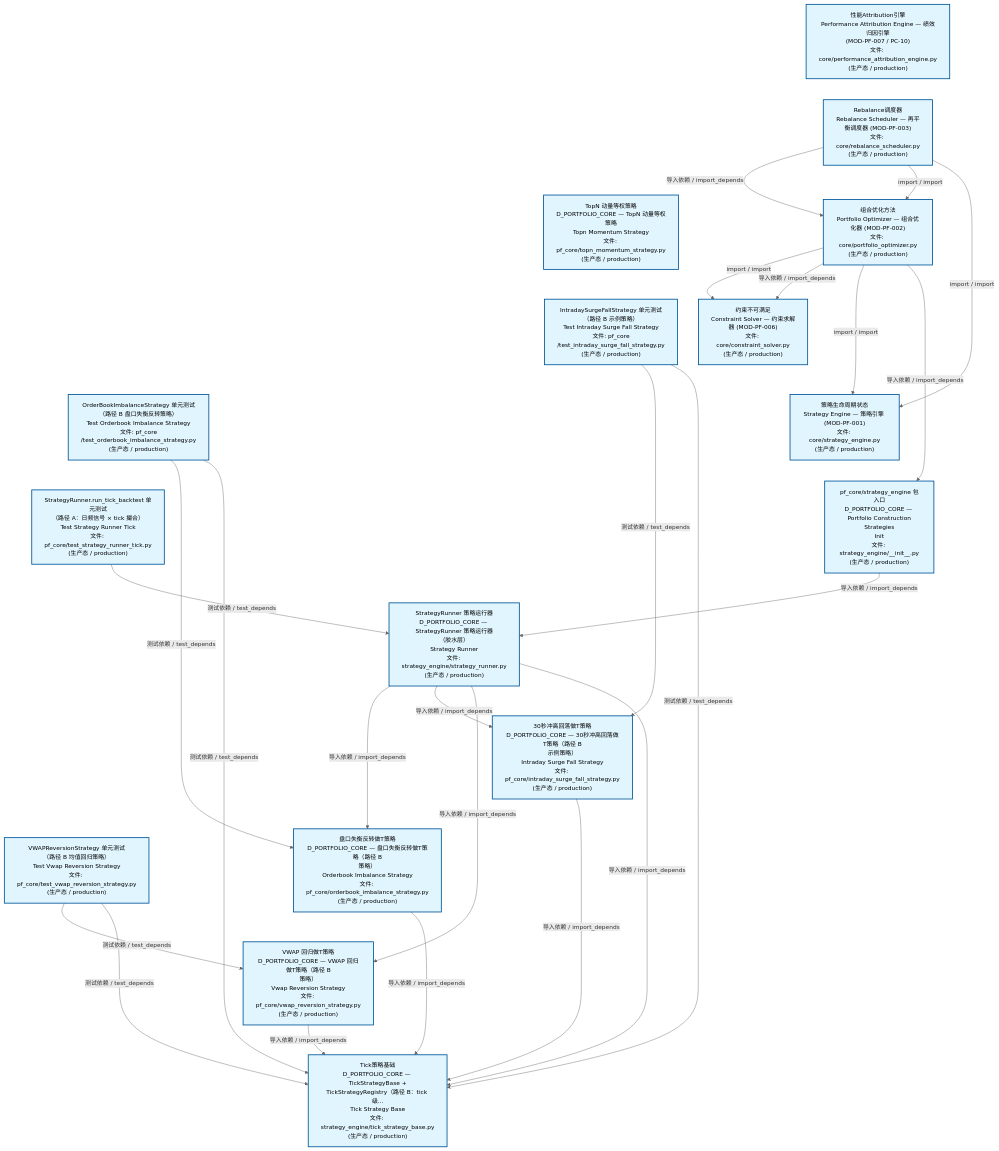
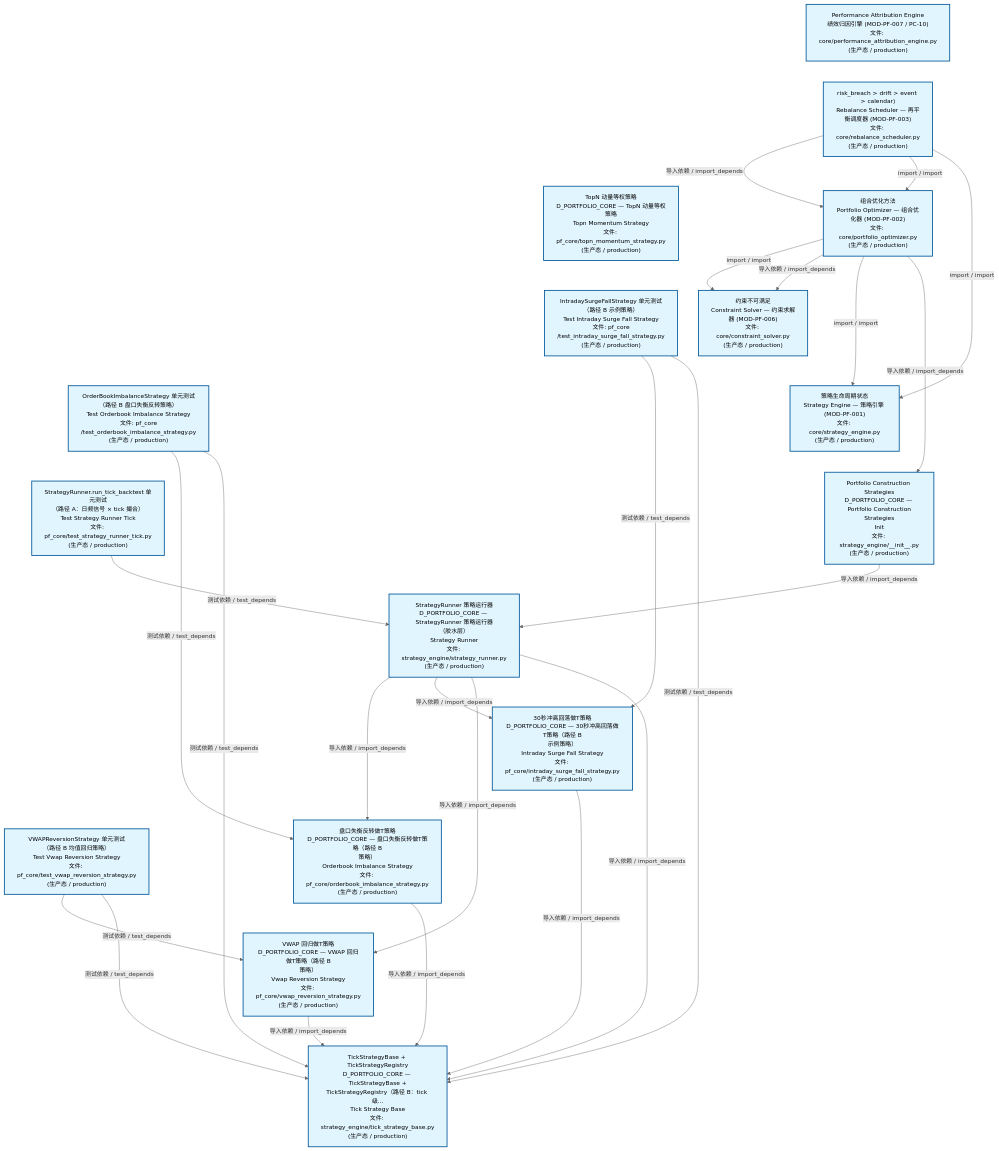
Before and after one commit to xuanFelixVan/ZephyrAlpha: the second of 3 diagrams in docs/02_enterprise_architecture/02_domain_architecture_docs/63_d_pf_core.md, drawn with Mermaid. The commit also changed other lines of this file and 51 other files, not shown here.

````diff
--- a/docs/02_enterprise_architecture/02_domain_architecture_docs/63_d_pf_core.md
+++ b/docs/02_enterprise_architecture/02_domain_architecture_docs/63_d_pf_core.md
@@ -140,57 +140,57 @@
 ```mermaid
 %%{init: {'theme': 'base', 'themeVariables': {'primaryColor': '#eaeaea', 'primaryTextColor': '#333333', 'primaryBorderColor': '#666666', 'lineColor': '#666666', 'secondaryColor': '#eaeaea', 'tertiaryColor': '#eaeaea', 'fontSize': '14px'}}}%%
 flowchart TD
-    src_zephyr_pf_core_core_performance_attribution_engine_py["性能Attribution引擎<br/>Performance Attribution Engine — 绩效归因引擎<br/>(MOD-PF-007 / PC-10)<br/>文件: core/performance_attribution_engine.py<br/>(生产态 / production)"]
-    src_zephyr_pf_core_core_rebalance_scheduler_py["Rebalance调度器<br/>Rebalance Scheduler — 再平衡调度器 (MOD-PF-003)<br/>文件: core/rebalance_scheduler.py<br/>(生产态 / production)"]
+    src_zephyr_pf_core_core_performance_attribution_engine_py["Performance Attribution Engine<br/>绩效归因引擎 (MOD-PF-007 / PC-10)<br/>文件: core/performance_attribution_engine.py<br/>(生产态 / production)"]
+    src_zephyr_pf_core_core_rebalance_scheduler_py["risk_breach > drift > event > calendar)<br/>Rebalance Scheduler — 再平衡调度器 (MOD-PF-003)<br/>文件: core/rebalance_scheduler.py<br/>(生产态 / production)"]
     src_zephyr_pf_core_topn_momentum_strategy_py["TopN 动量等权策略<br/>D_PORTFOLIO_CORE — TopN 动量等权策略<br/>Topn Momentum Strategy<br/>文件: pf_core/topn_momentum_strategy.py<br/>(生产态 / production)"]
     tests_pf_core_test_intraday_surge_fall_strategy_py["IntradaySurgeFallStrategy 单元测试<br/>（路径 B 示例策略）<br/>Test Intraday Surge Fall Strategy<br/>文件: pf_core<br/>/test_intraday_surge_fall_strategy.py<br/>(生产态 / production)"]
     tests_pf_core_test_orderbook_imbalance_strategy_py["OrderBookImbalanceStrategy 单元测试<br/>（路径 B 盘口失衡反转策略）<br/>Test Orderbook Imbalance Strategy<br/>文件: pf_core<br/>/test_orderbook_imbalance_strategy.py<br/>(生产态 / production)"]
     tests_pf_core_test_strategy_runner_tick_py["StrategyRunner.run_tick_backtest 单元测试<br/>（路径 A：日频信号 × tick 撮合）<br/>Test Strategy Runner Tick<br/>文件: pf_core/test_strategy_runner_tick.py<br/>(生产态 / production)"]
     tests_pf_core_test_vwap_reversion_strategy_py["VWAPReversionStrategy 单元测试<br/>（路径 B 均值回归策略）<br/>Test Vwap Reversion Strategy<br/>文件: pf_core/test_vwap_reversion_strategy.py<br/>(生产态 / production)"]
     src_zephyr_pf_core_core_performance_attribution_engine_py ~~~ src_zephyr_pf_core_core_rebalance_scheduler_py
     src_zephyr_pf_core_core_rebalance_scheduler_py ~~~ src_zephyr_pf_core_topn_momentum_strategy_py
     src_zephyr_pf_core_topn_momentum_strategy_py ~~~ tests_pf_core_test_intraday_surge_fall_strategy_py
     tests_pf_core_test_intraday_surge_fall_strategy_py ~~~ tests_pf_core_test_orderbook_imbalance_strategy_py
     tests_pf_core_test_orderbook_imbalance_strategy_py ~~~ tests_pf_core_test_strategy_runner_tick_py
     tests_pf_core_test_strategy_runner_tick_py ~~~ tests_pf_core_test_vwap_reversion_strategy_py
     src_zephyr_pf_core_core_portfolio_optimizer_py["组合优化方法<br/>Portfolio Optimizer — 组合优化器 (MOD-PF-002)<br/>文件: core/portfolio_optimizer.py<br/>(生产态 / production)"]
     src_zephyr_pf_core_core_constraint_solver_py["约束不可满足<br/>Constraint Solver — 约束求解器 (MOD-PF-006)<br/>文件: core/constraint_solver.py<br/>(生产态 / production)"]
     src_zephyr_pf_core_core_strategy_engine_py["策略生命周期状态<br/>Strategy Engine — 策略引擎 (MOD-PF-001)<br/>文件: core/strategy_engine.py<br/>(生产态 / production)"]
-    src_zephyr_pf_core_strategy_engine_init_py["pf_core/strategy_engine 包入口<br/>D_PORTFOLIO_CORE — Portfolio Construction<br/>Strategies<br/>Init<br/>文件: strategy_engine/__init__.py<br/>(生产态 / production)"]
+    src_zephyr_pf_core_strategy_engine_init_py["Portfolio Construction Strategies<br/>D_PORTFOLIO_CORE — Portfolio Construction<br/>Strategies<br/>Init<br/>文件: strategy_engine/__init__.py<br/>(生产态 / production)"]
     src_zephyr_pf_core_core_constraint_solver_py ~~~ src_zephyr_pf_core_core_strategy_engine_py
     src_zephyr_pf_core_core_strategy_engine_py ~~~ src_zephyr_pf_core_strategy_engine_init_py
     src_zephyr_pf_core_strategy_engine_strategy_runner_py["StrategyRunner 策略运行器<br/>D_PORTFOLIO_CORE — StrategyRunner 策略运行器<br/>（胶水层）<br/>Strategy Runner<br/>文件: strategy_engine/strategy_runner.py<br/>(生产态 / production)"]
     src_zephyr_pf_core_intraday_surge_fall_strategy_py["30秒冲高回落做T策略<br/>D_PORTFOLIO_CORE — 30秒冲高回落做T策略（路径 B<br/>示例策略）<br/>Intraday Surge Fall Strategy<br/>文件: pf_core/intraday_surge_fall_strategy.py<br/>(生产态 / production)"]
     src_zephyr_pf_core_orderbook_imbalance_strategy_py["盘口失衡反转做T策略<br/>D_PORTFOLIO_CORE — 盘口失衡反转做T策略（路径 B<br/>策略）<br/>Orderbook Imbalance Strategy<br/>文件: pf_core/orderbook_imbalance_strategy.py<br/>(生产态 / production)"]
     src_zephyr_pf_core_vwap_reversion_strategy_py["VWAP 回归做T策略<br/>D_PORTFOLIO_CORE — VWAP 回归做T策略（路径 B<br/>策略）<br/>Vwap Reversion Strategy<br/>文件: pf_core/vwap_reversion_strategy.py<br/>(生产态 / production)"]
     src_zephyr_pf_core_intraday_surge_fall_strategy_py ~~~ src_zephyr_pf_core_orderbook_imbalance_strategy_py
     src_zephyr_pf_core_orderbook_imbalance_strategy_py ~~~ src_zephyr_pf_core_vwap_reversion_strategy_py
-    src_zephyr_pf_core_strategy_engine_tick_strategy_base_py["Tick策略基础<br/>D_PORTFOLIO_CORE — TickStrategyBase +<br/>TickStrategyRegistry（路径 B：tick 级...<br/>Tick Strategy Base<br/>文件: strategy_engine/tick_strategy_base.py<br/>(生产态 / production)"]
+    src_zephyr_pf_core_strategy_engine_tick_strategy_base_py["TickStrategyBase + TickStrategyRegistry<br/>D_PORTFOLIO_CORE — TickStrategyBase +<br/>TickStrategyRegistry（路径 B：tick 级...<br/>Tick Strategy Base<br/>文件: strategy_engine/tick_strategy_base.py<br/>(生产态 / production)"]
     src_zephyr_pf_core_orderbook_imbalance_strategy_py -->|导入依赖 / import_depends| src_zephyr_pf_core_strategy_engine_tick_strategy_base_py
     src_zephyr_pf_core_intraday_surge_fall_strategy_py -->|导入依赖 / import_depends| src_zephyr_pf_core_strategy_engine_tick_strategy_base_py
     src_zephyr_pf_core_core_portfolio_optimizer_py -->|import / import| src_zephyr_pf_core_core_constraint_solver_py
     src_zephyr_pf_core_core_portfolio_optimizer_py -->|导入依赖 / import_depends| src_zephyr_pf_core_core_constraint_solver_py
     src_zephyr_pf_core_core_portfolio_optimizer_py -->|import / import| src_zephyr_pf_core_core_strategy_engine_py
     src_zephyr_pf_core_core_portfolio_optimizer_py -->|导入依赖 / import_depends| src_zephyr_pf_core_strategy_engine_init_py
     src_zephyr_pf_core_vwap_reversion_strategy_py -->|导入依赖 / import_depends| src_zephyr_pf_core_strategy_engine_tick_strategy_base_py
     src_zephyr_pf_core_core_rebalance_scheduler_py -->|导入依赖 / import_depends| src_zephyr_pf_core_core_portfolio_optimizer_py
     src_zephyr_pf_core_core_rebalance_scheduler_py -->|import / import| src_zephyr_pf_core_core_portfolio_optimizer_py
     src_zephyr_pf_core_core_rebalance_scheduler_py -->|import / import| src_zephyr_pf_core_core_strategy_engine_py
     src_zephyr_pf_core_strategy_engine_strategy_runner_py -->|导入依赖 / import_depends| src_zephyr_pf_core_orderbook_imbalance_strategy_py
     src_zephyr_pf_core_strategy_engine_strategy_runner_py -->|导入依赖 / import_depends| src_zephyr_pf_core_intraday_surge_fall_strategy_py
     src_zephyr_pf_core_strategy_engine_strategy_runner_py -->|导入依赖 / import_depends| src_zephyr_pf_core_vwap_reversion_strategy_py
     src_zephyr_pf_core_strategy_engine_strategy_runner_py -->|导入依赖 / import_depends| src_zephyr_pf_core_strategy_engine_tick_strategy_base_py
     src_zephyr_pf_core_strategy_engine_init_py -->|导入依赖 / import_depends| src_zephyr_pf_core_strategy_engine_strategy_runner_py
     tests_pf_core_test_intraday_surge_fall_strategy_py -->|测试依赖 / test_depends| src_zephyr_pf_core_intraday_surge_fall_strategy_py
     tests_pf_core_test_intraday_surge_fall_strategy_py -->|测试依赖 / test_depends| src_zephyr_pf_core_strategy_engine_tick_strategy_base_py
     tests_pf_core_test_orderbook_imbalance_strategy_py -->|测试依赖 / test_depends| src_zephyr_pf_core_orderbook_imbalance_strategy_py
     tests_pf_core_test_orderbook_imbalance_strategy_py -->|测试依赖 / test_depends| src_zephyr_pf_core_strategy_engine_tick_strategy_base_py
     tests_pf_core_test_vwap_reversion_strategy_py -->|测试依赖 / test_depends| src_zephyr_pf_core_vwap_reversion_strategy_py
     tests_pf_core_test_vwap_reversion_strategy_py -->|测试依赖 / test_depends| src_zephyr_pf_core_strategy_engine_tick_strategy_base_py
     tests_pf_core_test_strategy_runner_tick_py -->|测试依赖 / test_depends| src_zephyr_pf_core_strategy_engine_strategy_runner_py
     classDef production fill:#e1f5fe,stroke:#01579b,stroke-width:2px,color:#000
     classDef design fill:#fff3e0,stroke:#e65100,stroke-width:2px,color:#000,stroke-dasharray: 5 5
     classDef external_prod fill:#e8f4fd,stroke:#0277bd,stroke-width:1px,color:#000
     classDef external_design fill:#fff8e7,stroke:#ef6c00,stroke-width:1px,color:#000,stroke-dasharray: 5 5
     class src_zephyr_pf_core_core_constraint_solver_py,src_zephyr_pf_core_core_performance_attribution_engine_py,src_zephyr_pf_core_core_portfolio_optimizer_py,src_zephyr_pf_core_core_rebalance_scheduler_py,src_zephyr_pf_core_core_strategy_engine_py,src_zephyr_pf_core_intraday_surge_fall_strategy_py,src_zephyr_pf_core_orderbook_imbalance_strategy_py,src_zephyr_pf_core_strategy_engine_init_py,src_zephyr_pf_core_strategy_engine_strategy_runner_py,src_zephyr_pf_core_strategy_engine_tick_strategy_base_py,src_zephyr_pf_core_topn_momentum_strategy_py,src_zephyr_pf_core_vwap_reversion_strategy_py,tests_pf_core_test_intraday_surge_fall_strategy_py,tests_pf_core_test_orderbook_imbalance_strategy_py,tests_pf_core_test_strategy_runner_tick_py,tests_pf_core_test_vwap_reversion_strategy_py production
 ```
````
